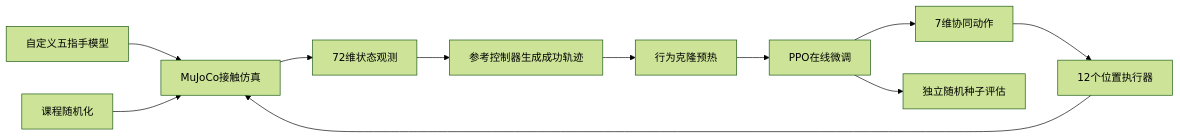
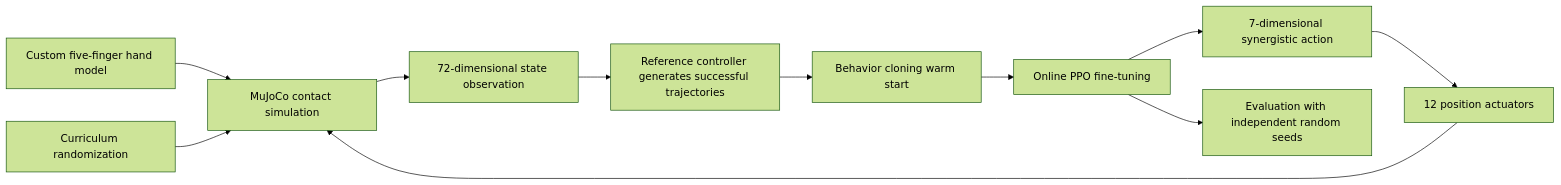
Before and after one commit to c1lz/dexteroushand_portfolio: the diagram in README.md, drawn with Mermaid (forest theme). The commit also changed other lines of this file, not shown here.

````diff
--- a/README.md
+++ b/README.md
@@ -44,13 +42,13 @@
 ```mermaid
 flowchart LR
-    A[自定义五指手模型] --> B[MuJoCo接触仿真]
-    B --> C[72维状态观测]
-    C --> D[参考控制器生成成功轨迹]
-    D --> E[行为克隆预热]
-    E --> F[PPO在线微调]
-    F --> G[7维协同动作]
-    G --> H[12个位置执行器]
+    A[Custom five-finger hand model] --> B[MuJoCo contact simulation]
+    B --> C[72-dimensional state observation]
+    C --> D[Reference controller generates successful trajectories]
+    D --> E[Behavior cloning warm start]
+    E --> F[Online PPO fine-tuning]
+    F --> G[7-dimensional synergistic action]
+    G --> H[12 position actuators]
     H --> B
-    I[课程随机化] --> B
-    F --> J[独立随机种子评估]
+    I[Curriculum randomization] --> B
+    F --> J[Evaluation with independent random seeds]
 ```
````
